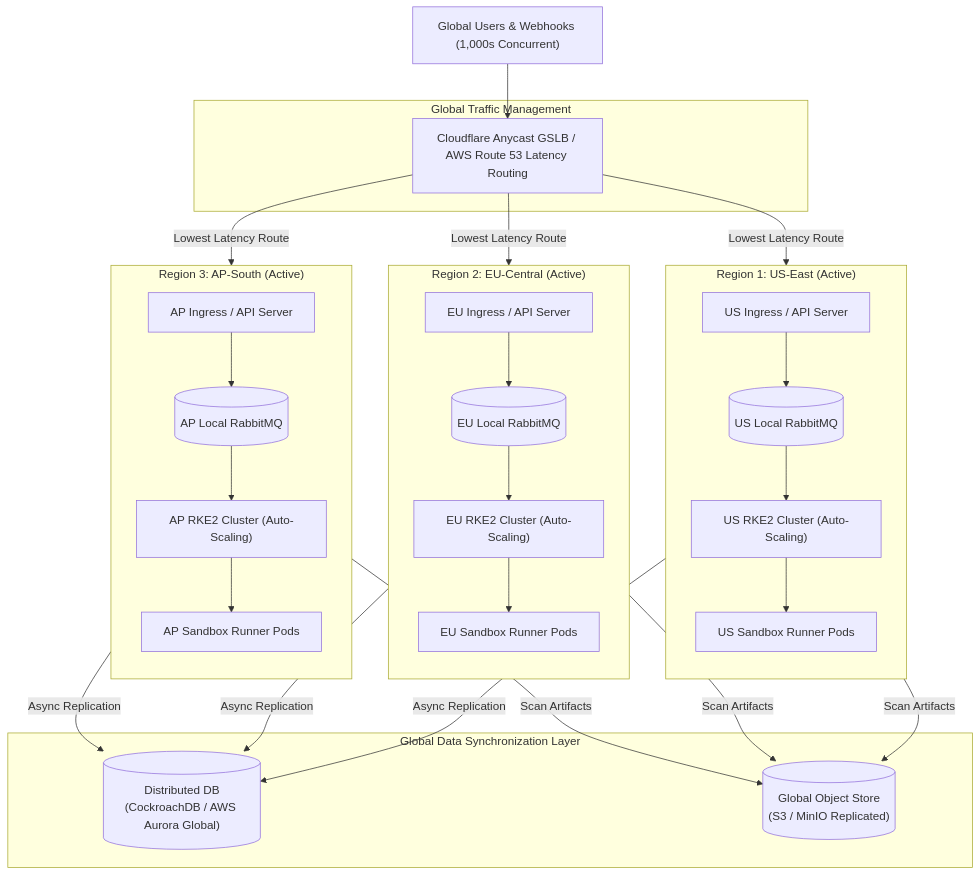
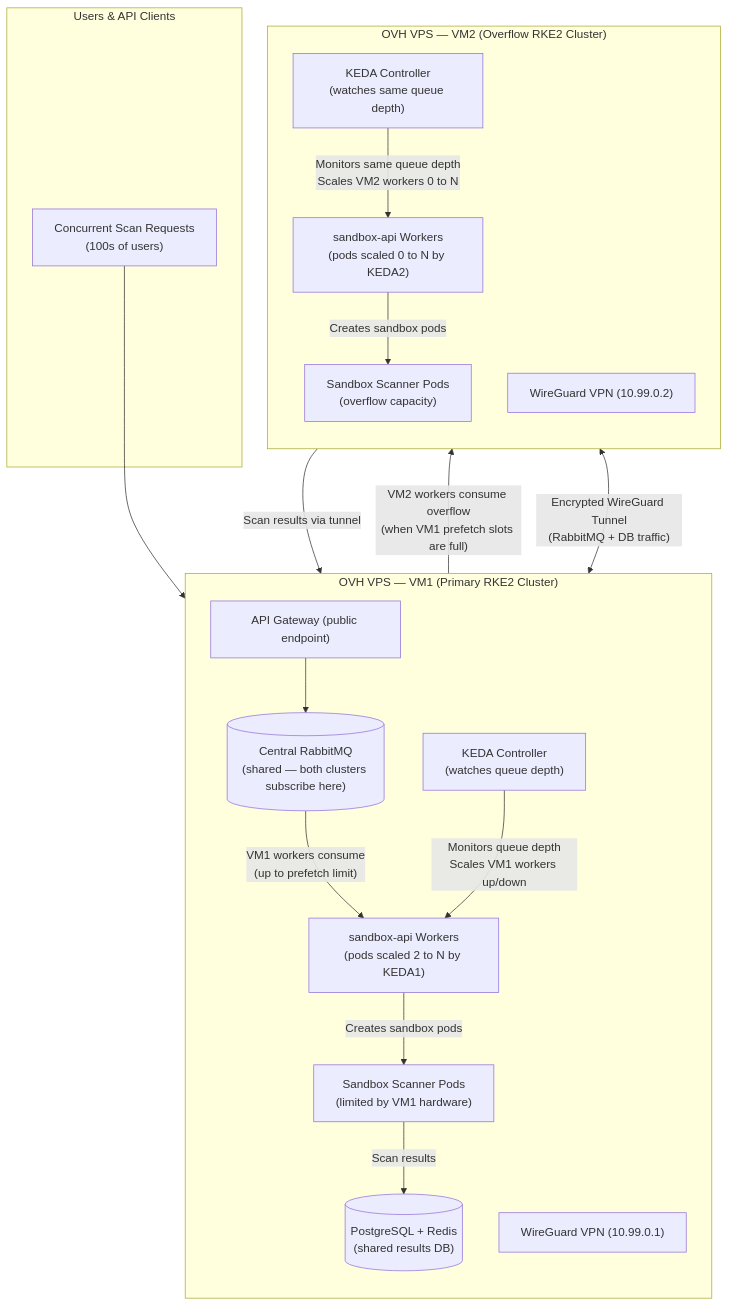
Before and after one commit to 01cloud/01-Sandbox: the sixth of 6 diagrams in docs/multi-cluster.md, drawn with Mermaid. The commit also changed other lines of this file, not shown here.

````diff
--- a/docs/multi-cluster.md
+++ b/docs/multi-cluster.md
@@ -208,53 +617,42 @@
 ```mermaid
 flowchart TD
-    subgraph GlobalDNS["Global Traffic Management"]
-        GSLB["Cloudflare Anycast GSLB / AWS Route 53 Latency Routing"]
+    subgraph Internet["Users & API Clients"]
+        Users["Concurrent Scan Requests<br/>(100s of users)"]
     end
 
-    subgraph RegionUS["Region 1: US-East (Active)"]
+    subgraph VM1["OVH VPS — VM1 (Primary RKE2 Cluster)"]
         direction TB
-        US_GW["US Ingress / API Server"]
-        US_MQ[("US Local RabbitMQ")]
-        US_RKE2["US RKE2 Cluster (Auto-Scaling)"]
-        US_Pods["US Sandbox Runner Pods"]
+        APIGW["API Gateway (public endpoint)"]
+        RMQ[("Central RabbitMQ<br/>(shared — both clusters subscribe here)")]
+        DB[("PostgreSQL + Redis<br/>(shared results DB)")]
+        KEDA1["KEDA Controller<br/>(watches queue depth)"]
+        Workers1["sandbox-api Workers<br/>(pods scaled 2 to N by KEDA1)"]
+        Pods1["Sandbox Scanner Pods<br/>(limited by VM1 hardware)"]
+        WG1["WireGuard VPN (10.99.0.1)"]
     end
 
-    subgraph RegionEU["Region 2: EU-Central (Active)"]
+    subgraph VM2["OVH VPS — VM2 (Overflow RKE2 Cluster)"]
         direction TB
-        EU_GW["EU Ingress / API Server"]
-        EU_MQ[("EU Local RabbitMQ")]
-        EU_RKE2["EU RKE2 Cluster (Auto-Scaling)"]
-        EU_Pods["EU Sandbox Runner Pods"]
+        KEDA2["KEDA Controller<br/>(watches same queue depth)"]
+        Workers2["sandbox-api Workers<br/>(pods scaled 0 to N by KEDA2)"]
+        Pods2["Sandbox Scanner Pods<br/>(overflow capacity)"]
+        WG2["WireGuard VPN (10.99.0.2)"]
     end
 
-    subgraph RegionAP["Region 3: AP-South (Active)"]
-        direction TB
-        AP_GW["AP Ingress / API Server"]
-        AP_MQ[("AP Local RabbitMQ")]
-        AP_RKE2["AP RKE2 Cluster (Auto-Scaling)"]
-        AP_Pods["AP Sandbox Runner Pods"]
-    end
+    Users --> APIGW
+    APIGW --> RMQ
 
-    subgraph DataSync["Global Data Synchronization Layer"]
-        GlobalDB[("Distributed DB<br/>(CockroachDB / AWS Aurora Global)")]
-        ObjectStore[("Global Object Store<br/>(S3 / MinIO Replicated)")]
-    end
+    RMQ -- "VM1 workers consume<br/>(up to prefetch limit)" --> Workers1
+    RMQ -- "VM2 workers consume overflow<br/>(when VM1 prefetch slots are full)" --> Workers2
 
-    Users["Global Users & Webhooks (1,000s Concurrent)"] --> GSLB
+    KEDA1 -- "Monitors queue depth<br/>Scales VM1 workers up/down" --> Workers1
+    KEDA2 -- "Monitors same queue depth<br/>Scales VM2 workers 0 to N" --> Workers2
 
-    GSLB -- "Lowest Latency Route" --> US_GW
-    GSLB -- "Lowest Latency Route" --> EU_GW
-    GSLB -- "Lowest Latency Route" --> AP_GW
+    Workers1 -- "Creates sandbox pods" --> Pods1
+    Workers2 -- "Creates sandbox pods" --> Pods2
 
-    US_GW --> US_MQ --> US_RKE2 --> US_Pods
-    EU_GW --> EU_MQ --> EU_RKE2 --> EU_Pods
-    AP_GW --> AP_MQ --> AP_RKE2 --> AP_Pods
+    Pods1 -- "Scan results" --> DB
+    Pods2 -- "Scan results via tunnel" --> DB
 
-    US_Pods -- "Async Replication" --> GlobalDB
-    EU_Pods -- "Async Replication" --> GlobalDB
-    AP_Pods -- "Async Replication" --> GlobalDB
-
-    US_Pods -- "Scan Artifacts" --> ObjectStore
-    EU_Pods -- "Scan Artifacts" --> ObjectStore
-    AP_Pods -- "Scan Artifacts" --> ObjectStore
+    WG1 <-- "Encrypted WireGuard Tunnel<br/>(RabbitMQ + DB traffic)" --> WG2
 ```
````
